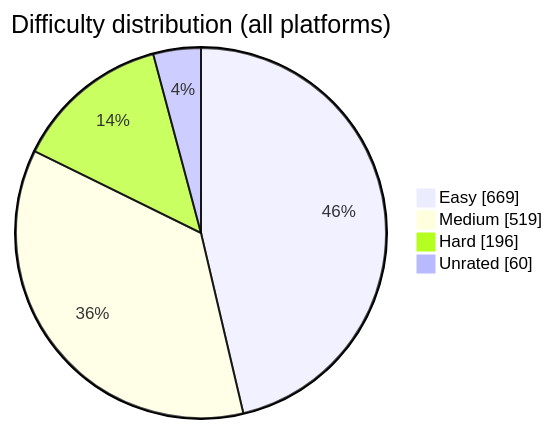
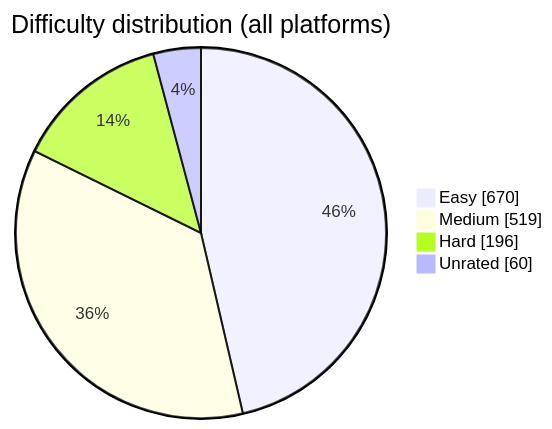
One commit to BuildbyArindam/Daily-Coding-Log changed the diagram in README.md. Above: the diagram before and after it, drawn with Mermaid. The commit also changed other lines of this file, not shown here.

````diff
--- a/README.md
+++ b/README.md
@@ -93,7 +93,7 @@
 ```mermaid
 pie showData title Difficulty distribution (all platforms)
-    "Easy" : 669
+    "Easy" : 670
     "Medium" : 519
     "Hard" : 196
     "Unrated" : 60
 ```
````
